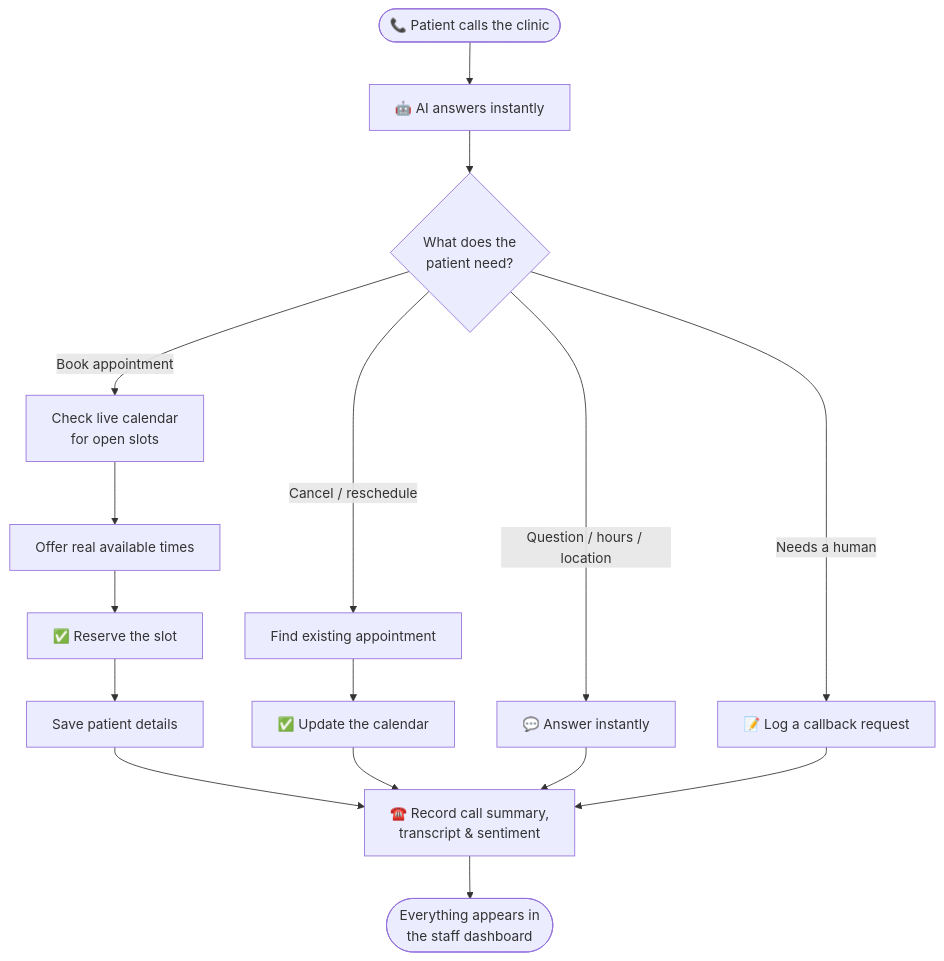
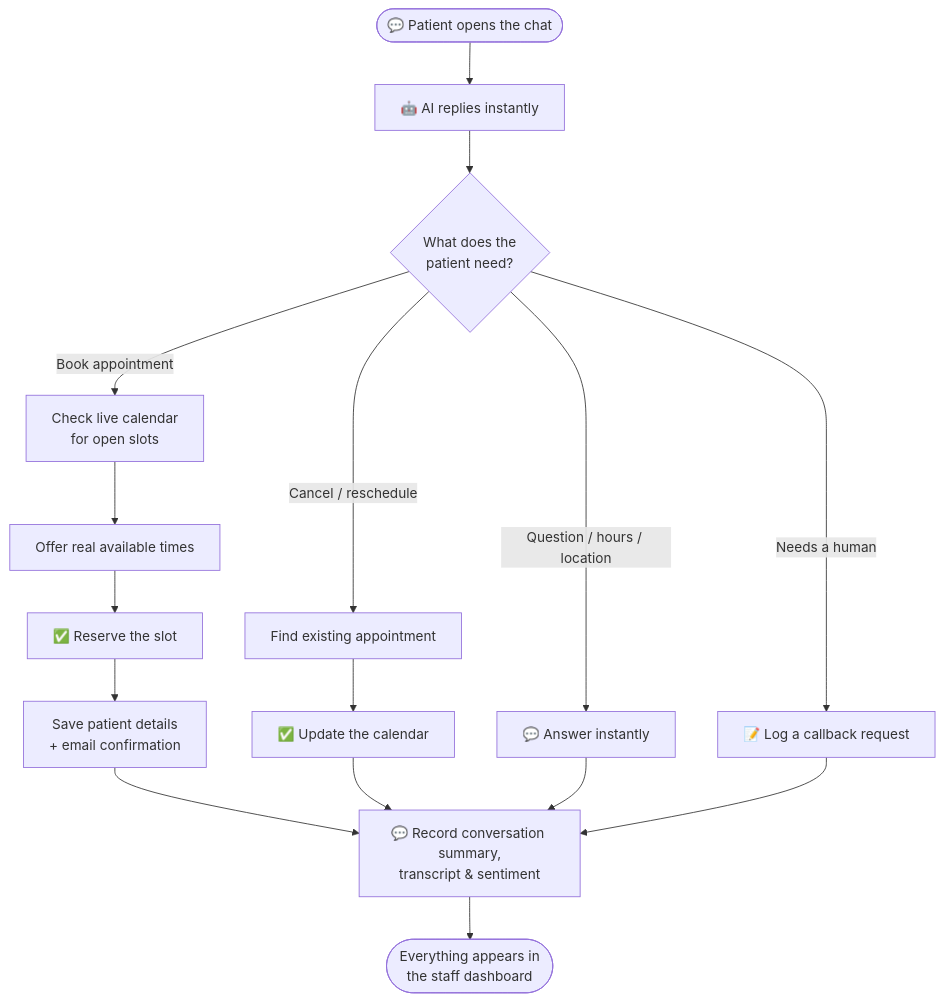
The second of 3 diagrams in docs/user-guide.md (hbela/sunshine-dental), drawn with Mermaid before and after one commit. The commit also changed other lines of this file and 103 other files, not shown here.

````diff
--- a/docs/user-guide.md
+++ b/docs/user-guide.md
@@ -77,23 +64,23 @@
 ```mermaid
 flowchart TD
-    Start([📞 Patient calls the clinic]) --> Answer[🤖 AI answers instantly]
+    Start([💬 Patient opens the chat]) --> Answer[🤖 AI replies instantly]
     Answer --> Intent{What does the<br/>patient need?}
 
     Intent -->|Book appointment| Check[Check live calendar<br/>for open slots]
     Check --> Offer[Offer real available times]
     Offer --> Book[✅ Reserve the slot]
-    Book --> Capture[Save patient details]
+    Book --> Capture[Save patient details<br/>+ email confirmation]
 
     Intent -->|Cancel / reschedule| Find[Find existing appointment]
     Find --> Update[✅ Update the calendar]
 
     Intent -->|Question / hours / location| Answer2[💬 Answer instantly]
 
     Intent -->|Needs a human| Callback[📝 Log a callback request]
 
-    Capture --> Log[☎️ Record call summary,<br/>transcript & sentiment]
+    Capture --> Log[💬 Record conversation summary,<br/>transcript & sentiment]
     Update --> Log
     Answer2 --> Log
     Callback --> Log
     Log --> Done([Everything appears in<br/>the staff dashboard])
 ```
````
